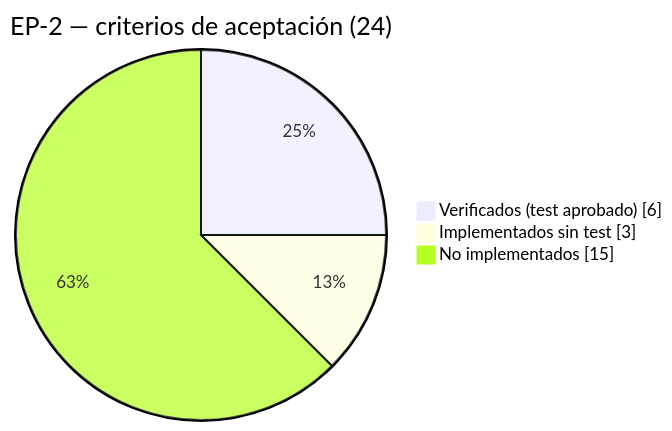
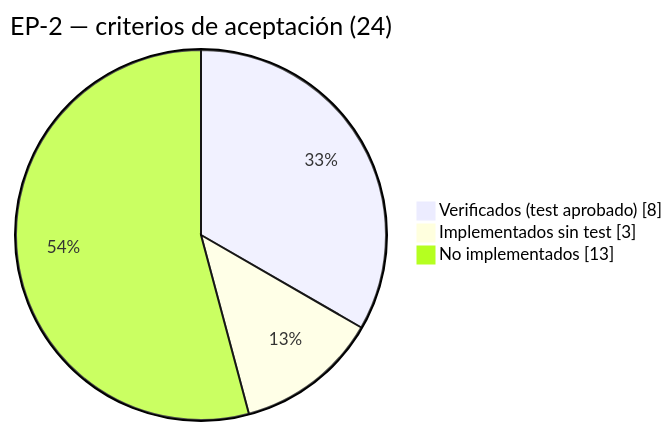
Before and after one commit to P4bl1t0ck/Urbanex: the diagram in docs/handoff/URBANEX_AVANCE_EPICAS.md, drawn with Mermaid. The commit also changed other lines of this file and 7 other files, not shown here.

````diff
--- a/docs/handoff/URBANEX_AVANCE_EPICAS.md
+++ b/docs/handoff/URBANEX_AVANCE_EPICAS.md
@@ -99,6 +99,6 @@
 ```mermaid
 pie showData title EP-2 — criterios de aceptación (24)
-  "Verificados (test aprobado)" : 6
+  "Verificados (test aprobado)" : 8
   "Implementados sin test" : 3
-  "No implementados" : 15
+  "No implementados" : 13
 ```
````
